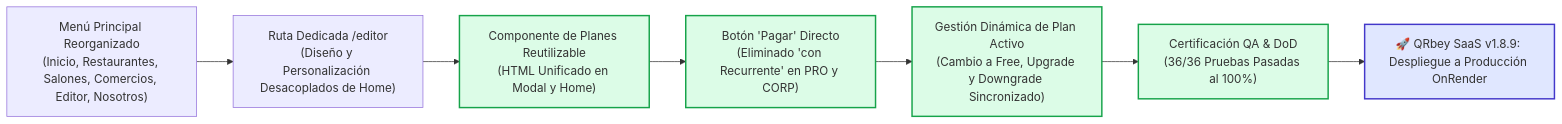
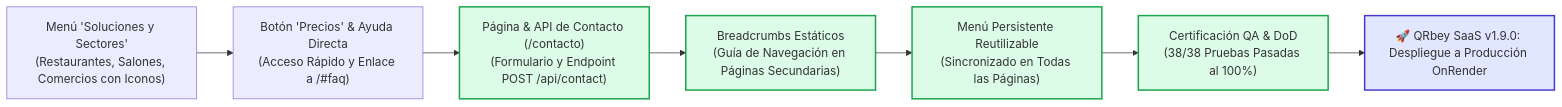
One commit to paolapaz202504/QRgenerator changed the diagram in PROJECT_STATUS_QRGENERATOR.md. Above: the diagram before and after it, drawn with Mermaid. The commit also changed other lines of this file and 22 other files, not shown here.

Commit message:
feat(v1.9.0): menu soluciones y sectores, boton precios, ayuda a faq, pagina contacto y breadcrumbs

````diff
--- a/PROJECT_STATUS_QRGENERATOR.md
+++ b/PROJECT_STATUS_QRGENERATOR.md
@@ -12,15 +12,15 @@
 ```mermaid
 flowchart LR
-    A["Menú Principal Reorganizado\n(Inicio, Restaurantes, Salones, Comercios, Editor, Nosotros)"] --> B["Ruta Dedicada /editor\n(Diseño y Personalización Desacoplados de Home)"]
-    B --> C["Componente de Planes Reutilizable\n(HTML Unificado en Modal y Home)"]
-    C --> D["Botón 'Pagar' Directo\n(Eliminado 'con Recurrente' en PRO y CORP)"]
-    D --> E["Gestión Dinámica de Plan Activo\n(Cambio a Free, Upgrade y Downgrade Sincronizado)"]
-    E --> F["Certificación QA & DoD\n(36/36 Pruebas Pasadas al 100%)"]
-    F --> G["🚀 QRbey SaaS v1.8.9: Despliegue a Producción OnRender"]
+    A["Menú 'Soluciones y Sectores'\n(Restaurantes, Salones, Comercios con Iconos)"] --> B["Botón 'Precios' & Ayuda Directa\n(Acceso Rápido y Enlace a /#faq)"]
+    B --> C["Página & API de Contacto (/contacto)\n(Formulario y Endpoint POST /api/contact)"]
+    C --> D["Breadcrumbs Estáticos\n(Guía de Navegación en Páginas Secundarias)"]
+    D --> E["Menú Persistente Reutilizable\n(Sincronizado en Todas las Páginas)"]
+    E --> F["Certificación QA & DoD\n(38/38 Pruebas Pasadas al 100%)"]
+    F --> G["🚀 QRbey SaaS v1.9.0: Despliegue a Producción OnRender"]
     
     style C fill:#dcfce7,stroke:#16a34a,stroke-width:2px
     style D fill:#dcfce7,stroke:#16a34a,stroke-width:2px
     style E fill:#dcfce7,stroke:#16a34a,stroke-width:2px
     style F fill:#dcfce7,stroke:#16a34a,stroke-width:2px
     style G fill:#e0e7ff,stroke:#4338ca,stroke-width:2px
 ```
````
